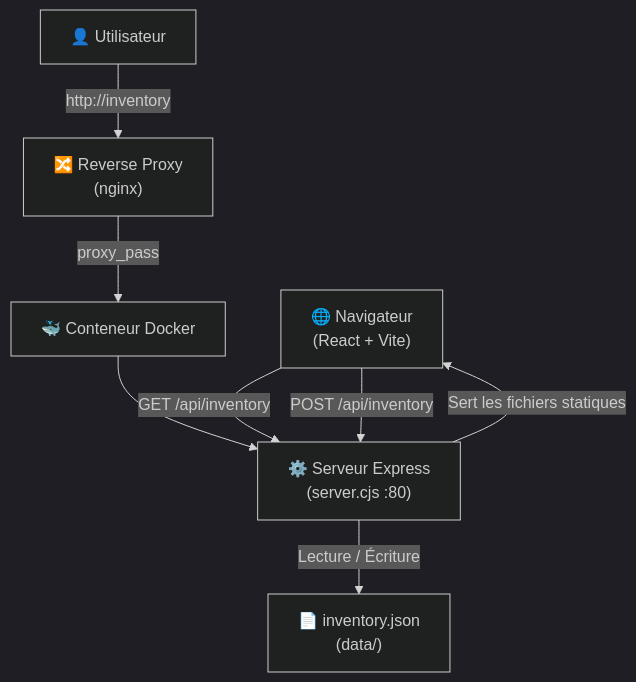
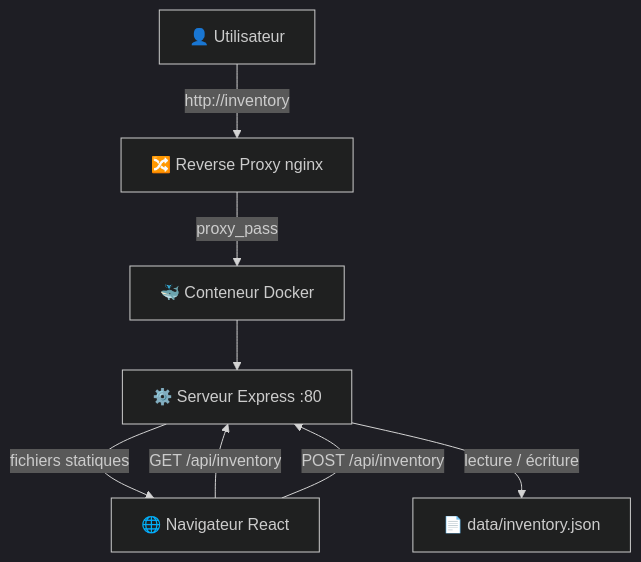
The diagram in README.md (souffleuse/Inventory), drawn with Mermaid (dark theme) before and after one commit.

Commit message:
docs: fix mermaid diagram syntax for GitHub compatibility

````diff
--- a/README.md
+++ b/README.md
@@ -159,17 +159,17 @@
 ```mermaid
 graph TD
-    Browser["🌐 Navigateur\n(React + Vite)"]
-    Express["⚙️ Serveur Express\n(server.cjs :80)"]
-    JSON["📄 inventory.json\n(data/)"]
+    User["👤 Utilisateur"]
+    Nginx["🔀 Reverse Proxy nginx"]
     Docker["🐳 Conteneur Docker"]
-    Nginx["🔀 Reverse Proxy\n(nginx)"]
-    User["👤 Utilisateur"]
+    Express["⚙️ Serveur Express :80"]
+    Browser["🌐 Navigateur React"]
+    JSON["📄 data/inventory.json"]
 
-    User -->|http://inventory| Nginx
+    User -->|"http://inventory"| Nginx
     Nginx -->|proxy_pass| Docker
     Docker --> Express
-    Express -->|Sert les fichiers statiques| Browser
-    Browser -->|GET /api/inventory| Express
-    Browser -->|POST /api/inventory| Express
-    Express -->|Lecture / Écriture| JSON
+    Express -->|fichiers statiques| Browser
+    Browser -->|"GET /api/inventory"| Express
+    Browser -->|"POST /api/inventory"| Express
+    Express -->|lecture / écriture| JSON
 ```
````
